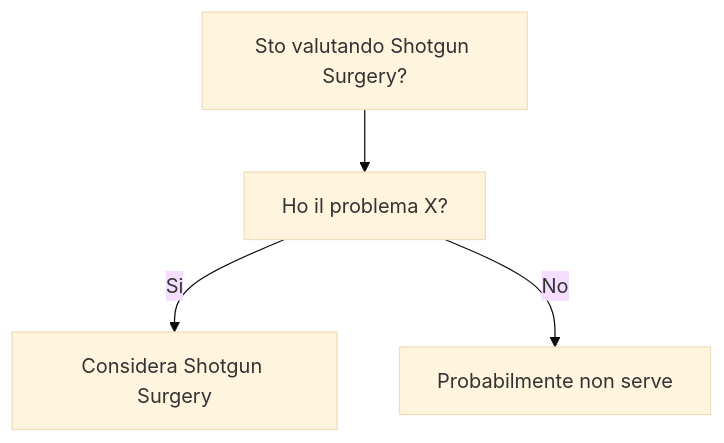
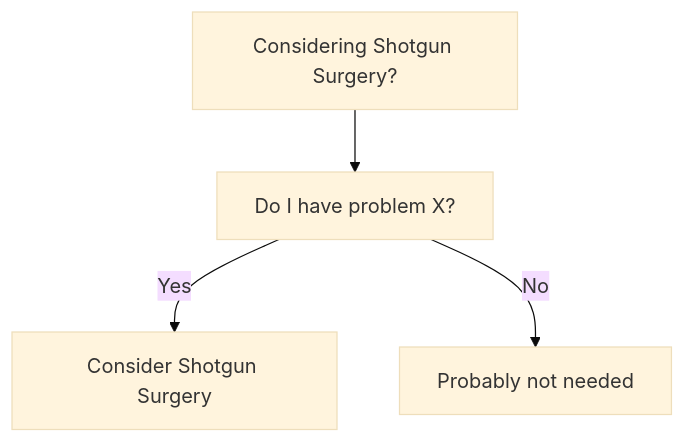
The diagram in dev-wiki/16_AntiPatterns/Shotgun_Surgery/When_To_Use.md (HxT9/Software-Dev-Wiki), drawn with Mermaid (base theme) before and after one commit. The commit also changed other lines of this file and 3444 other files, not shown here.

````diff
--- a/dev-wiki/16_AntiPatterns/Shotgun_Surgery/When_To_Use.md
+++ b/dev-wiki/16_AntiPatterns/Shotgun_Surgery/When_To_Use.md
@@ -19,6 +19,6 @@
 ```mermaid
 flowchart TD
-  Q[Sto valutando Shotgun Surgery?] --> Q1[Ho il problema X?]
-  Q1 -->|Si| OK[Considera Shotgun Surgery]
-  Q1 -->|No| NO[Probabilmente non serve]
+  Q[Considering Shotgun Surgery?] --> Q1[Do I have problem X?]
+  Q1 -->|Yes| OK[Consider Shotgun Surgery]
+  Q1 -->|No| NO[Probably not needed]
 ```
````
